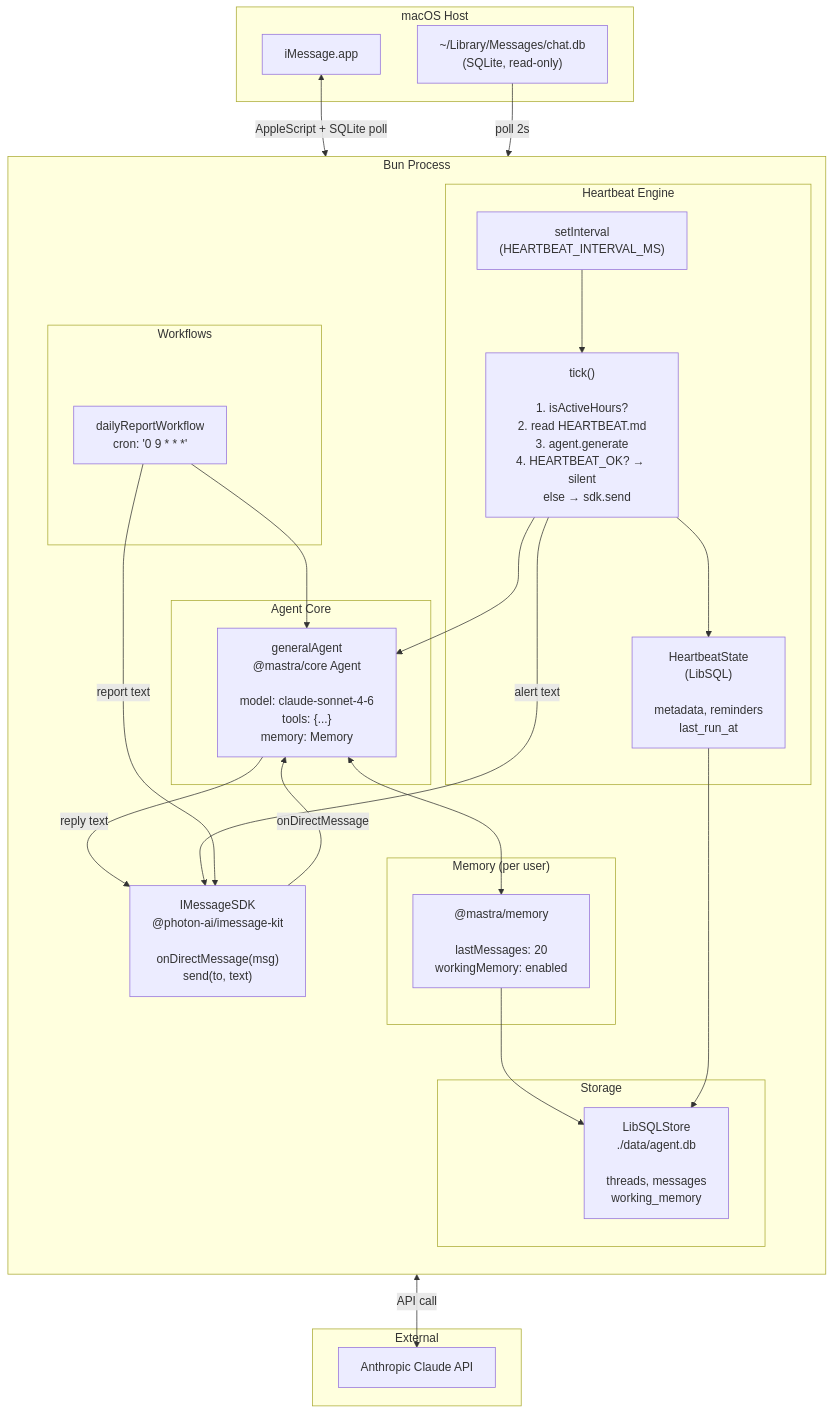
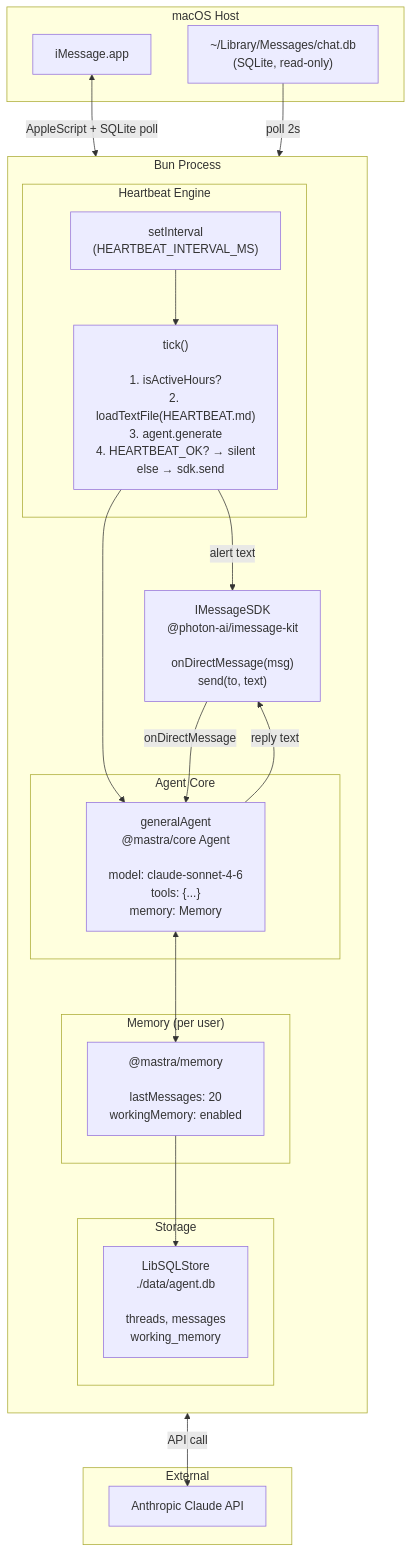
The first of 4 diagrams in docs/DESIGN.md (posaune0423/mastra-imessage-agent), drawn with Mermaid before and after one commit. The commit also changed other lines of this file and 46 other files, not shown here.

First line of the commit message:
refactor: simplify architecture to minimal P0 structure

````diff
--- a/docs/DESIGN.md
+++ b/docs/DESIGN.md
@@ -25,54 +25,46 @@
 ```mermaid
 graph TB
     subgraph macOS["macOS Host"]
         iMsg["iMessage.app"]
         ChatDB["~/Library/Messages/chat.db\n(SQLite, read-only)"]
     end
 
     subgraph Process["Bun Process"]
         direction TB
 
         SDK["IMessageSDK\n@photon-ai/imessage-kit\n\nonDirectMessage(msg)\nsend(to, text)"]
 
         subgraph Core["Agent Core"]
             AGENT["generalAgent\n@mastra/core Agent\n\nmodel: claude-sonnet-4-6\ntools: {...}\nmemory: Memory"]
         end
 
         subgraph HeartbeatEngine["Heartbeat Engine"]
             HB_TIMER["setInterval\n(HEARTBEAT_INTERVAL_MS)"]
-            HB_LOGIC["tick()\n\n1. isActiveHours?\n2. read HEARTBEAT.md\n3. agent.generate\n4. HEARTBEAT_OK? → silent\n   else → sdk.send"]
-            HB_STATE["HeartbeatState\n(LibSQL)\n\nmetadata, reminders\nlast_run_at"]
+            HB_LOGIC["tick()\n\n1. isActiveHours?\n2. loadTextFile(HEARTBEAT.md)\n3. agent.generate\n4. HEARTBEAT_OK? → silent\n   else → sdk.send"]
         end
 
         subgraph MemoryLayer["Memory (per user)"]
             MEMORY["@mastra/memory\n\nlastMessages: 20\nworkingMemory: enabled"]
         end
 
         subgraph StorageLayer["Storage"]
             DB["LibSQLStore\n./data/agent.db\n\nthreads, messages\nworking_memory"]
         end
 
-        subgraph WorkflowLayer["Workflows"]
-            WF["dailyReportWorkflow\ncron: '0 9 * * *'"]
-        end
     end
 
     subgraph External["External"]
         CLAUDE["Anthropic Claude API"]
     end
 
     iMsg <-->|"AppleScript + SQLite poll"| SDK
     ChatDB -->|"poll 2s"| SDK
     SDK -->|"onDirectMessage"| AGENT
     AGENT -->|"reply text"| SDK
     HB_TIMER --> HB_LOGIC
     HB_LOGIC --> AGENT
-    HB_LOGIC --> HB_STATE
     HB_LOGIC -->|"alert text"| SDK
     AGENT <--> MEMORY
     MEMORY --> DB
-    HB_STATE --> DB
-    WF --> AGENT
-    WF -->|"report text"| SDK
     AGENT <-->|"API call"| CLAUDE
 ```
````
